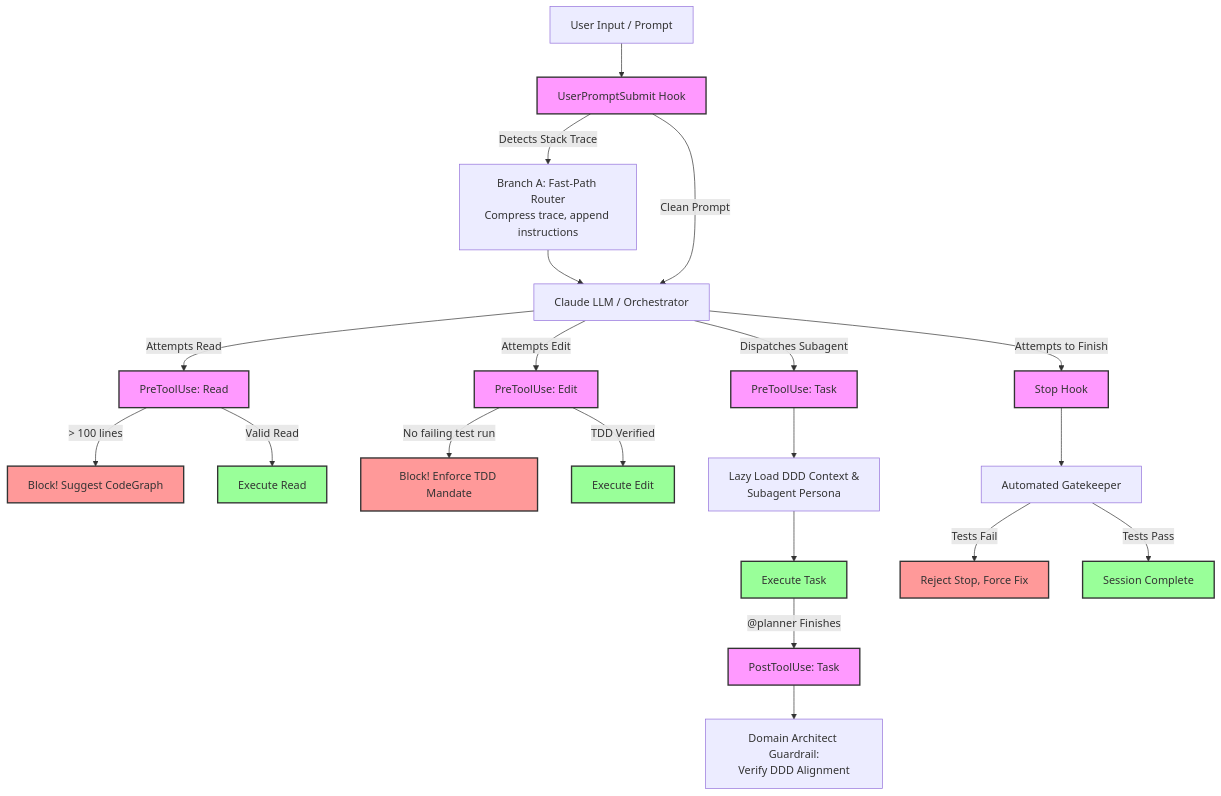
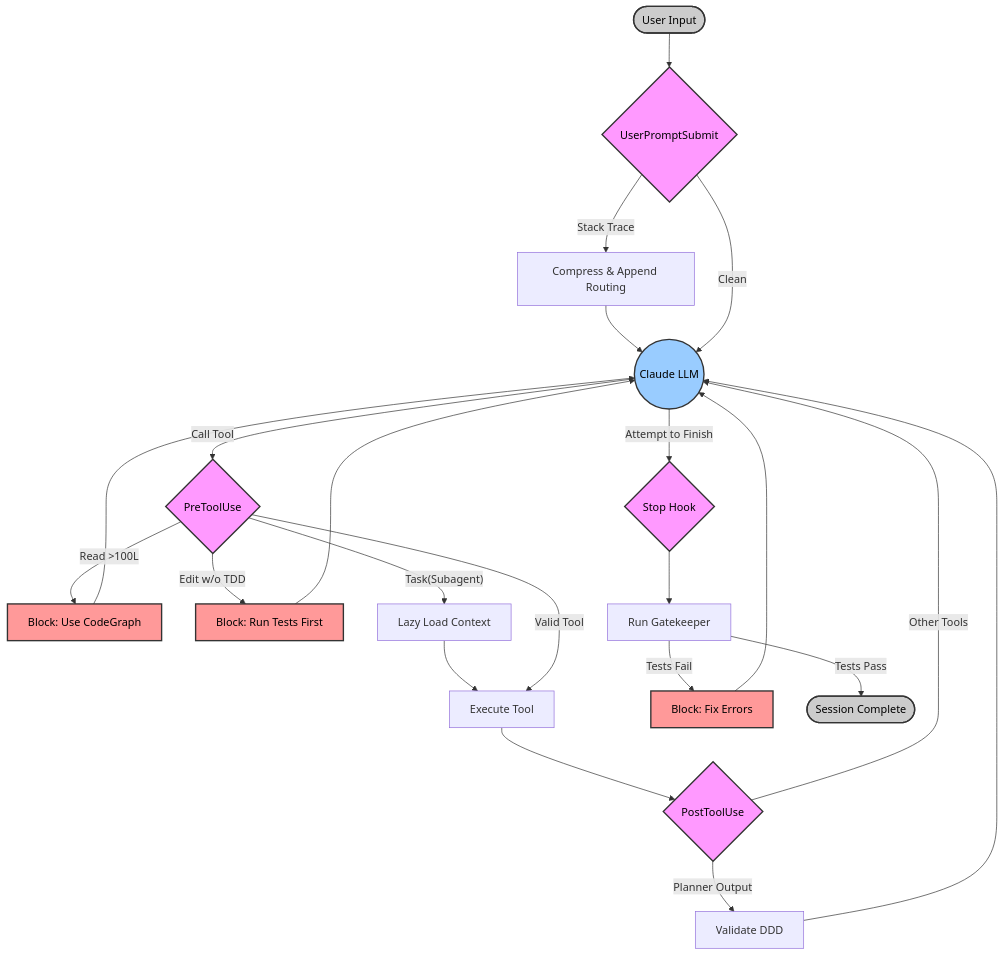
Before and after one commit to mapengbo0314/native-harness-workflow: the diagram in docs/superpowers/specs/2026-05-20-deterministic-plugin-hooks-design.md, drawn with Mermaid. The commit also changed other lines of this file, not shown here.

Commit message:
docs: fix lifecycle diagram to properly show iterative agent loop

````diff
--- a/docs/superpowers/specs/2026-05-20-deterministic-plugin-hooks-design.md
+++ b/docs/superpowers/specs/2026-05-20-deterministic-plugin-hooks-design.md
@@ -26,41 +26,37 @@
 ```mermaid
-graph TD
-    %% User Input Phase
-    User[User Input / Prompt] --> UPS[UserPromptSubmit Hook]
+flowchart TD
+    User([User Input]) --> UPS{UserPromptSubmit}
     
-    %% Branch A Routing
-    UPS -- "Detects Stack Trace" --> BranchA[Branch A: Fast-Path Router<br/>Compress trace, append instructions]
-    BranchA --> LLM
-    UPS -- "Clean Prompt" --> LLM[Claude LLM / Orchestrator]
+    %% Input Interception
+    UPS -- "Stack Trace" --> Compress[Compress & Append Routing] --> LLM
+    UPS -- "Clean" --> LLM((Claude LLM))
     
-    %% Tool Interception Phase
-    LLM -- "Attempts Read" --> PTU_Read[PreToolUse: Read]
-    PTU_Read -- "> 100 lines" --> BlockRead[Block! Suggest CodeGraph]
-    PTU_Read -- "Valid Read" --> ExecRead[Execute Read]
+    %% Tool Interception (Pre)
+    LLM -- "Call Tool" --> PreHook{PreToolUse}
     
-    LLM -- "Attempts Edit" --> PTU_Edit[PreToolUse: Edit]
-    PTU_Edit -- "No failing test run" --> BlockEdit[Block! Enforce TDD Mandate]
-    PTU_Edit -- "TDD Verified" --> ExecEdit[Execute Edit]
+    PreHook -- "Read >100L" --> BlockRead[Block: Use CodeGraph] --> LLM
+    PreHook -- "Edit w/o TDD" --> BlockEdit[Block: Run Tests First] --> LLM
+    PreHook -- "Task(Subagent)" --> Lazy[Lazy Load Context] --> Exec[Execute Tool]
+    PreHook -- "Valid Tool" --> Exec
     
-    LLM -- "Dispatches Subagent" --> PTU_Task[PreToolUse: Task]
-    PTU_Task --> LazyLoad[Lazy Load DDD Context &<br/>Subagent Persona]
-    LazyLoad --> ExecTask[Execute Task]
+    %% Tool Interception (Post)
+    Exec --> PostHook{PostToolUse}
+    PostHook -- "Planner Output" --> ArchGuard[Validate DDD] --> LLM
+    PostHook -- "Other Tools" --> LLM
     
-    %% Post Task Phase
-    ExecTask -- "@planner Finishes" --> PoTU_Task[PostToolUse: Task]
-    PoTU_Task --> DDDCheck[Domain Architect Guardrail:<br/>Verify DDD Alignment]
+    %% Stop Interception
+    LLM -- "Attempt to Finish" --> StopHook{Stop Hook}
+    StopHook --> Gate[Run Gatekeeper]
+    Gate -- "Tests Fail" --> Reject[Block: Fix Errors] --> LLM
+    Gate -- "Tests Pass" --> Done([Session Complete])
+
+    classDef hook fill:#f9f,stroke:#333,stroke-width:2px,color:#000;
+    classDef block fill:#f99,stroke:#333,stroke-width:2px,color:#000;
+    classDef agent fill:#9cf,stroke:#333,stroke-width:2px,color:#000;
+    classDef user fill:#ccc,stroke:#333,stroke-width:2px,color:#000;
     
-    %% Completion Phase
-    LLM -- "Attempts to Finish" --> Stop[Stop Hook]
-    Stop --> Gatekeeper[Automated Gatekeeper]
-    Gatekeeper -- "Tests Fail" --> RejectStop[Reject Stop, Force Fix]
-    Gatekeeper -- "Tests Pass" --> End[Session Complete]
-
-    classDef hook fill:#f9f,stroke:#333,stroke-width:2px;
-    classDef block fill:#f99,stroke:#333,stroke-width:2px;
-    classDef success fill:#9f9,stroke:#333,stroke-width:2px;
-    
-    class UPS,PTU_Read,PTU_Edit,PTU_Task,PoTU_Task,Stop hook;
-    class BlockRead,BlockEdit,RejectStop block;
-    class End,ExecRead,ExecEdit,ExecTask success;
+    class UPS,PreHook,PostHook,StopHook hook;
+    class BlockRead,BlockEdit,Reject block;
+    class LLM agent;
+    class User,Done user;
 ```
````
